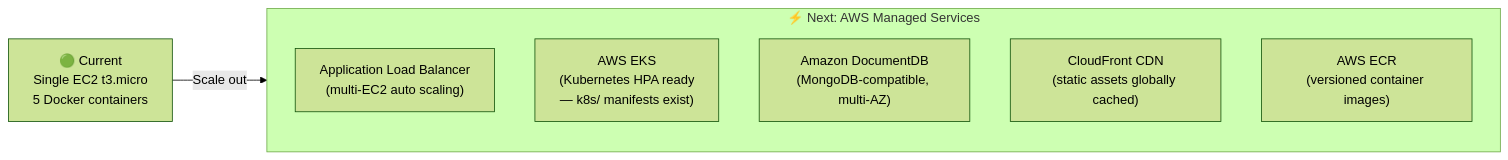
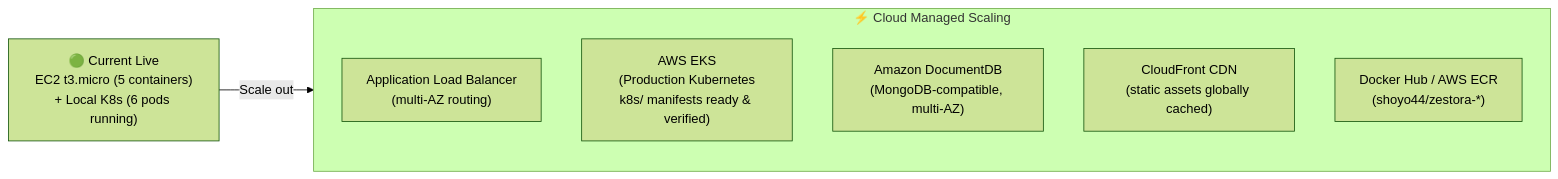
One commit to Luffy-44/DevOps_Project changed the fourth of 4 diagrams in SYSTEM_ARCHITECTURE.md. Above: the diagram before and after it, drawn with Mermaid (forest theme). The commit also changed other lines of this file and 8 other files, not shown here.

Commit message:
docs: synchronize all markdown files with Ansible, Docker Hub, Jenkins, and live Kubernetes setup

````diff
--- a/SYSTEM_ARCHITECTURE.md
+++ b/SYSTEM_ARCHITECTURE.md
@@ -378,12 +378,12 @@
 ```mermaid
 flowchart LR
-    NOW["🟢 Current\nSingle EC2 t3.micro\n5 Docker containers"] -->|Scale out| NEXT
+    NOW["🟢 Current Live\nEC2 t3.micro (5 containers)\n+ Local K8s (6 pods running)"] -->|Scale out| NEXT
 
-    subgraph NEXT["⚡ Next: AWS Managed Services"]
-        ALB["Application Load Balancer\n(multi-EC2 auto scaling)"]
-        EKS["AWS EKS\n(Kubernetes HPA ready\n— k8s/ manifests exist)"]
+    subgraph NEXT["⚡ Cloud Managed Scaling"]
+        ALB["Application Load Balancer\n(multi-AZ routing)"]
+        EKS["AWS EKS\n(Production Kubernetes\nk8s/ manifests ready & verified)"]
         DOCDB["Amazon DocumentDB\n(MongoDB-compatible, multi-AZ)"]
         CF["CloudFront CDN\n(static assets globally cached)"]
-        ECR2["AWS ECR\n(versioned container images)"]
+        DHUB["Docker Hub / AWS ECR\n(shoyo44/zestora-*)"]
     end
 ```
````
